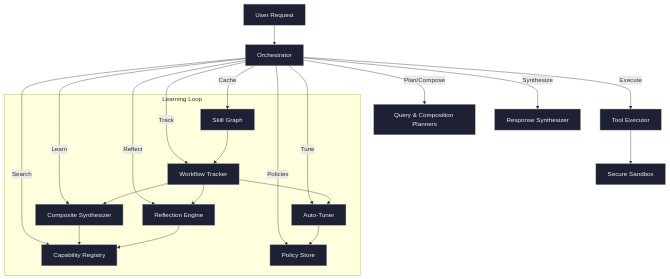
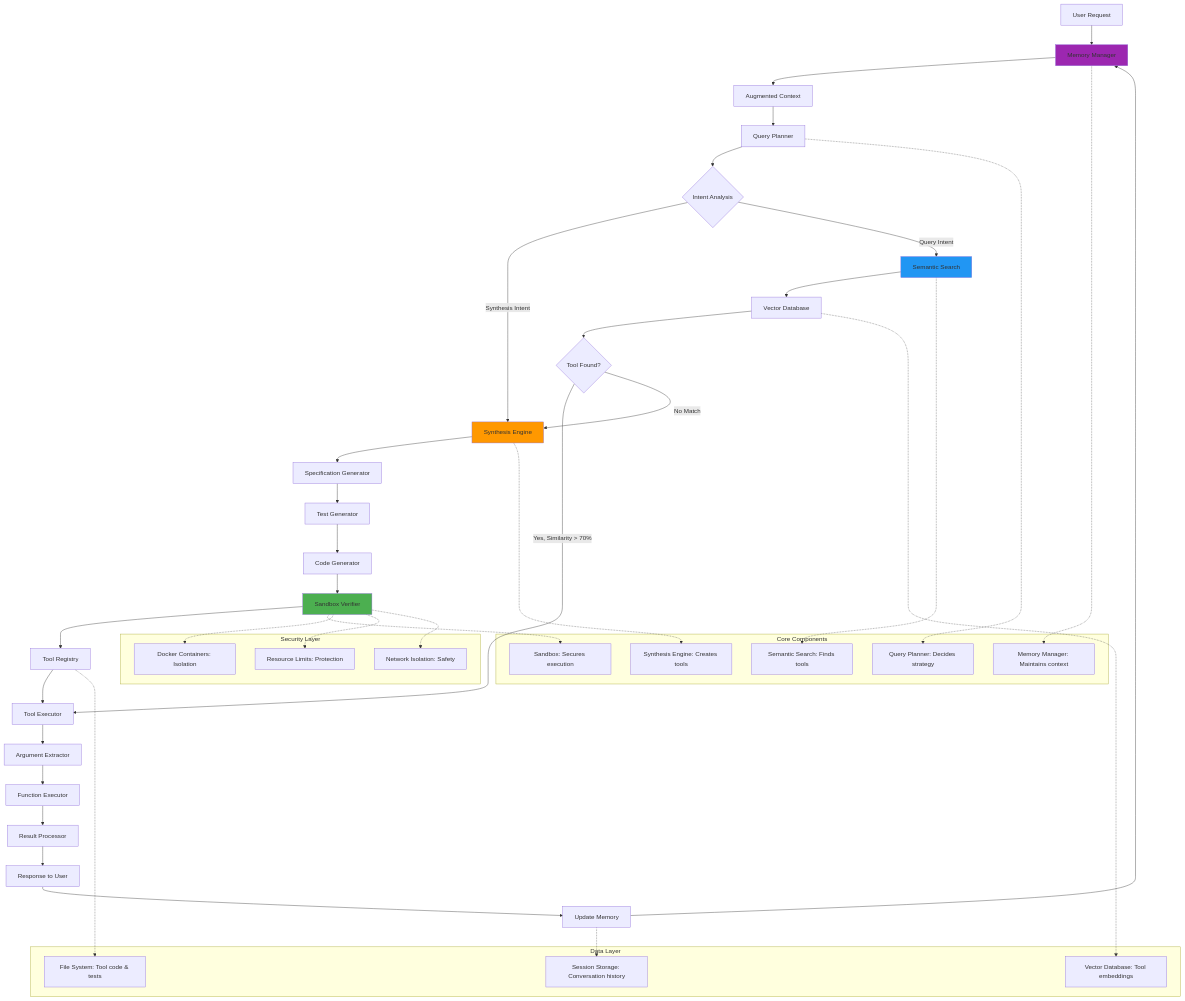
One commit to haider-toha/Self-Engineering-Agent-Framework changed the fifth of 40 diagrams in README.md. Above: the diagram before and after it, drawn with Mermaid. The commit also changed other lines of this file and 18 other files, not shown here.

````diff
--- a/README.md
+++ b/README.md
@@ -18,30 +249,69 @@
 ```mermaid
-flowchart TD
-    U[User Request] --> O[Orchestrator]
-    O -->|Search| R[Capability Registry]
-    O -->|Policies| P[Policy Store]
-    O -->|Plan/Compose| Q[Query & Composition Planners]
-    O -->|Execute| X[Tool Executor]
-    X --> S[Secure Sandbox]
-    O -->|Synthesize| Y[Response Synthesizer]
-    O -->|Track| W[Workflow Tracker]
-    O -->|Cache| G[Skill Graph]
-    O -->|Learn| E1[Composite Synthesizer]
-    O -->|Reflect| E2[Reflection Engine]
-    O -->|Tune| T[Auto-Tuner]
-
-    %% Learning feedback loop
-    subgraph Learning_Loop [Learning Loop]
-        W --> E1
-        W --> E2
-        W --> T
-        E1 --> R
-        E2 --> R
-        T --> P
-        G --> W
+graph TB
+    A[User Request] --> B[Memory Manager]
+    B --> C[Augmented Context]
+    C --> D[Query Planner]
+    
+    D --> E{Intent Analysis}
+    E -->|Synthesis Intent| F[Synthesis Engine]
+    E -->|Query Intent| G[Semantic Search]
+    
+    G --> H[Vector Database]
+    H --> I{Tool Found?}
+    I -->|Yes, Similarity > 70%| J[Tool Executor]
+    I -->|No Match| F
+    
+    F --> F1[Specification Generator]
+    F1 --> F2[Test Generator]
+    F2 --> F3[Code Generator]
+    F3 --> F4[Sandbox Verifier]
+    F4 --> F5[Tool Registry]
+    F5 --> J
+    
+    J --> K[Argument Extractor]
+    K --> L[Function Executor]
+    L --> M[Result Processor]
+    M --> N[Response to User]
+    
+    N --> O[Update Memory]
+    O --> B
+    
+    subgraph "Core Components"
+        P[Query Planner: Decides strategy]
+        Q[Synthesis Engine: Creates tools]
+        R[Semantic Search: Finds tools]
+        S[Memory Manager: Maintains context]
+        T[Sandbox: Secures execution]
     end
-
-    %% Style
-    classDef node fill:#1e2133,stroke:#8d99ae,color:#edf2f4
-    class U,O,R,P,Q,X,S,Y,W,G,E1,E2,T node
+    
+    subgraph "Data Layer"
+        U[Vector Database: Tool embeddings]
+        V[Session Storage: Conversation history]
+        W[File System: Tool code & tests]
+    end
+    
+    subgraph "Security Layer"
+        X[Docker Containers: Isolation]
+        Y[Resource Limits: Protection]
+        Z[Network Isolation: Safety]
+    end
+    
+    D -.-> P
+    F -.-> Q
+    G -.-> R
+    B -.-> S
+    F4 -.-> T
+    
+    H -.-> U
+    O -.-> V
+    F5 -.-> W
+    
+    F4 -.-> X
+    F4 -.-> Y
+    F4 -.-> Z
+    
+    style F fill:#ff9800
+    style G fill:#2196f3
+    style B fill:#9c27b0
+    style F4 fill:#4caf50
 ```
````
